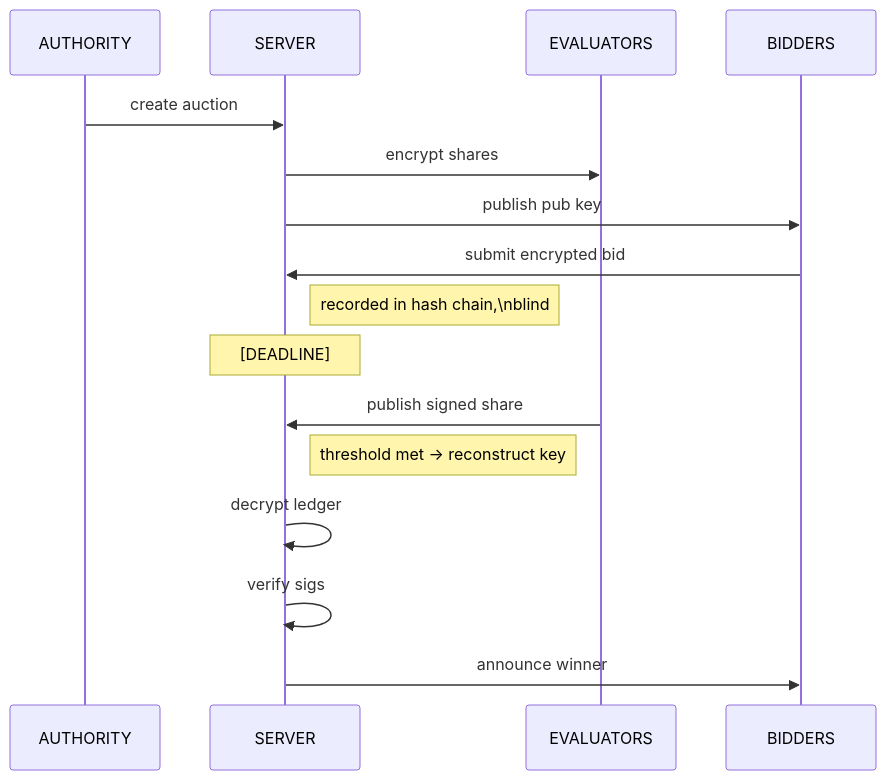
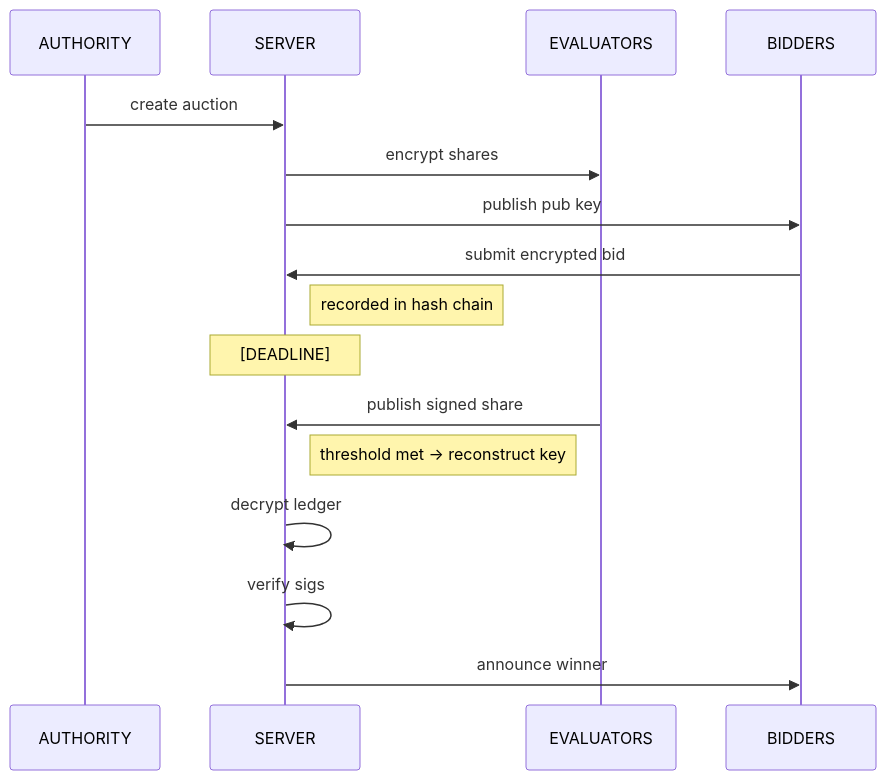
Before and after one commit to IsiraUdaththa/CSePS: the diagram in README.md, drawn with Mermaid.

````diff
--- a/README.md
+++ b/README.md
@@ -9,24 +9,24 @@
 ```mermaid
 sequenceDiagram
     participant AUTHORITY
     participant SERVER
     participant EVALUATORS
     participant BIDDERS
 
     AUTHORITY->>SERVER: create auction
     SERVER->>EVALUATORS: encrypt shares
     SERVER->>BIDDERS: publish pub key
 
     BIDDERS->>SERVER: submit encrypted bid
-    note right of SERVER: recorded in hash chain,\nblind
+    note right of SERVER: recorded in hash chain
 
     %% Deadline point
     note over SERVER: [DEADLINE]
 
     EVALUATORS->>SERVER: publish signed share
     note right of SERVER: threshold met → reconstruct key
 
     SERVER->>SERVER: decrypt ledger
     SERVER->>SERVER: verify sigs
     SERVER->>BIDDERS: announce winner
 ```
````
